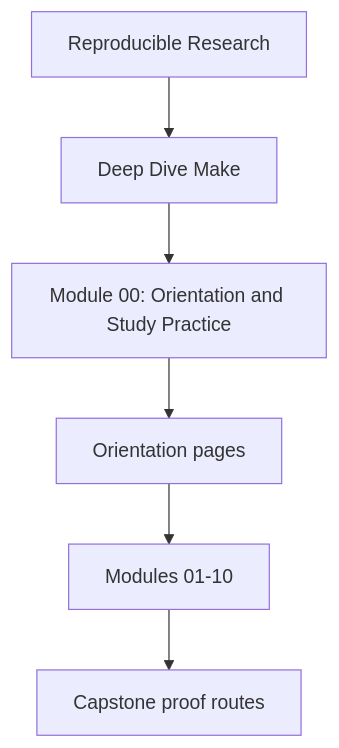
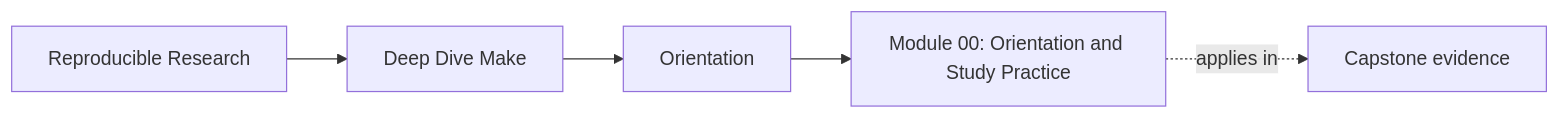
The first of 2 diagrams in programs/reproducible-research/deep-dive-make/course-book/module-00-orientation/index.md (bijux/bijux-masterclass), drawn with Mermaid before and after one commit. The commit also changed other lines of this file and 146 other files, not shown here.

Commit message:
docs(deep-dive-make): map build truth and release review surfaces

````diff
--- a/programs/reproducible-research/deep-dive-make/course-book/module-00-orientation/index.md
+++ b/programs/reproducible-research/deep-dive-make/course-book/module-00-orientation/index.md
@@ -6,8 +6,11 @@
 ```mermaid
-flowchart TD
-  family["Reproducible Research"] --> program["Deep Dive Make"]
-  program --> module["Module 00: Orientation and Study Practice"]
-  module --> orientation["Orientation pages"]
-  orientation --> lessons["Modules 01-10"]
-  lessons --> capstone["Capstone proof routes"]
+graph LR
+  family["Reproducible Research"]
+  program["Deep Dive Make"]
+  section["Orientation"]
+  page["Module 00: Orientation and Study Practice"]
+  capstone["Capstone evidence"]
+
+  family --> program --> section --> page
+  page -.applies in.-> capstone
 ```
````
